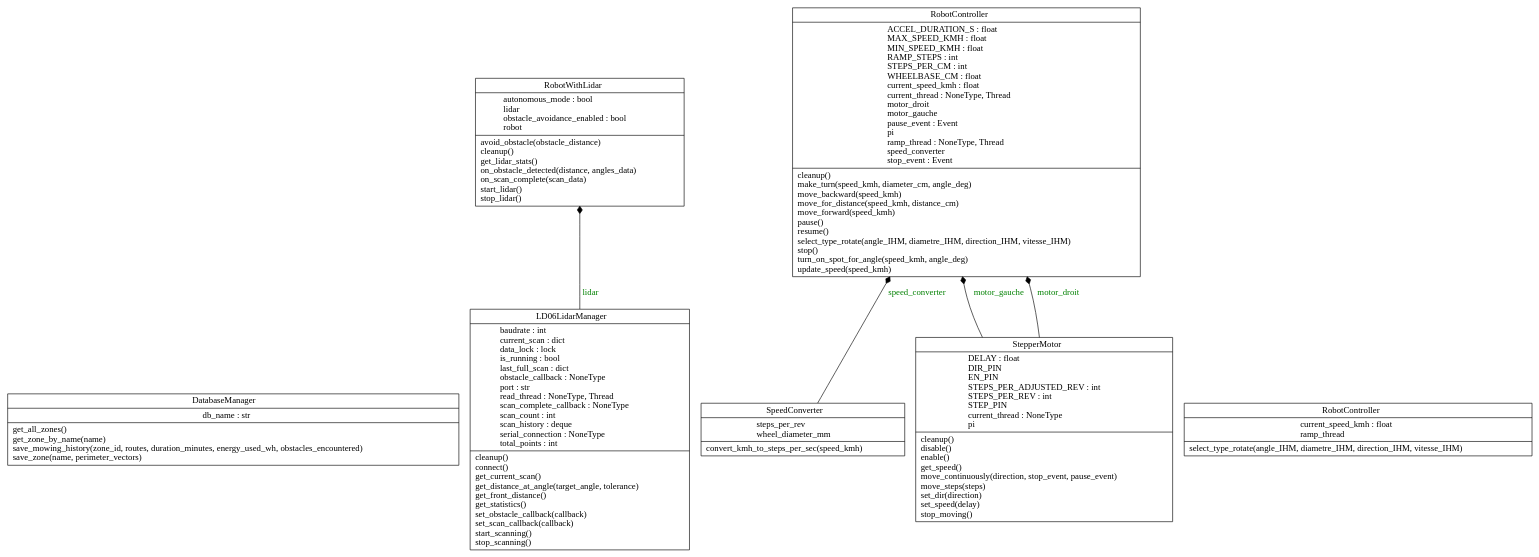
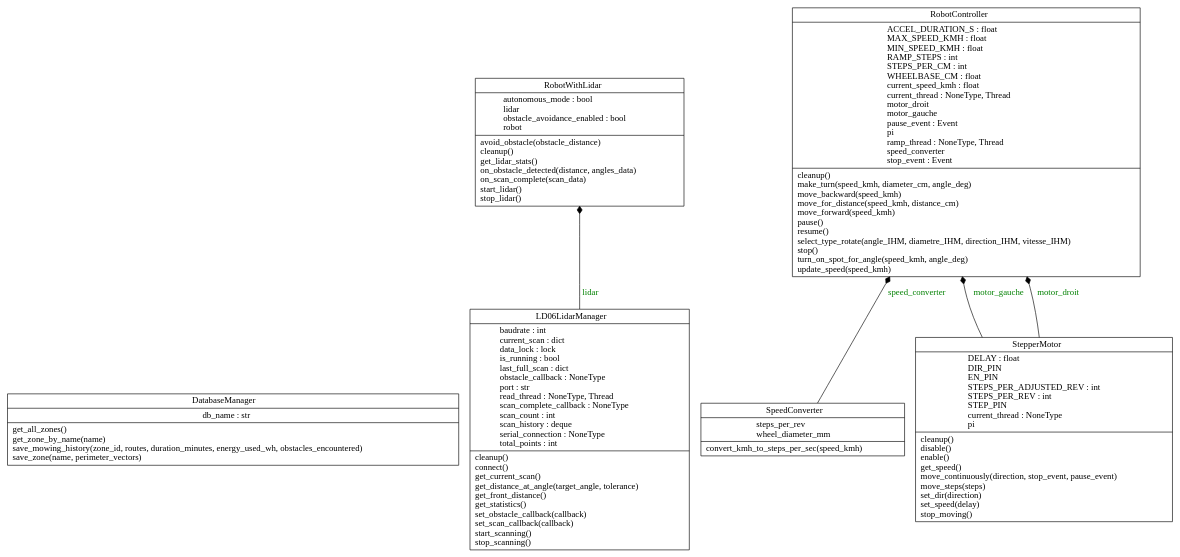
One commit to FranckieGoes/Turtle changed the diagram in classes_RobotController.dot. Above: the diagram before and after it, drawn with Graphviz. The commit also changed 32 other files, not shown here.

```diff
--- a/classes_RobotController.dot
+++ b/classes_RobotController.dot
@@ -1,15 +1,14 @@
 digraph "classes_RobotController" {
 rankdir=BT
 charset="utf-8"
 "database_manager.DatabaseManager" [color="black", fontcolor="black", label=<{DatabaseManager|db_name : str<br ALIGN="LEFT"/>|get_all_zones()<br ALIGN="LEFT"/>get_zone_by_name(name)<br ALIGN="LEFT"/>save_mowing_history(zone_id, routes, duration_minutes, energy_used_wh, obstacles_encountered)<br ALIGN="LEFT"/>save_zone(name, perimeter_vectors)<br ALIGN="LEFT"/>}>, shape="record", style="solid"];
 "lidar_ld06_manager.LD06LidarManager" [color="black", fontcolor="black", label=<{LD06LidarManager|baudrate : int<br ALIGN="LEFT"/>current_scan : dict<br ALIGN="LEFT"/>data_lock : lock<br ALIGN="LEFT"/>is_running : bool<br ALIGN="LEFT"/>last_full_scan : dict<br ALIGN="LEFT"/>obstacle_callback : NoneType<br ALIGN="LEFT"/>port : str<br ALIGN="LEFT"/>read_thread : NoneType, Thread<br ALIGN="LEFT"/>scan_complete_callback : NoneType<br ALIGN="LEFT"/>scan_count : int<br ALIGN="LEFT"/>scan_history : deque<br ALIGN="LEFT"/>serial_connection : NoneType<br ALIGN="LEFT"/>total_points : int<br ALIGN="LEFT"/>|cleanup()<br ALIGN="LEFT"/>connect()<br ALIGN="LEFT"/>get_current_scan()<br ALIGN="LEFT"/>get_distance_at_angle(target_angle, tolerance)<br ALIGN="LEFT"/>get_front_distance()<br ALIGN="LEFT"/>get_statistics()<br ALIGN="LEFT"/>set_obstacle_callback(callback)<br ALIGN="LEFT"/>set_scan_callback(callback)<br ALIGN="LEFT"/>start_scanning()<br ALIGN="LEFT"/>stop_scanning()<br ALIGN="LEFT"/>}>, shape="record", style="solid"];
 "robot_controller_class.RobotController" [color="black", fontcolor="black", label=<{RobotController|ACCEL_DURATION_S : float<br ALIGN="LEFT"/>MAX_SPEED_KMH : float<br ALIGN="LEFT"/>MIN_SPEED_KMH : float<br ALIGN="LEFT"/>RAMP_STEPS : int<br ALIGN="LEFT"/>STEPS_PER_CM : int<br ALIGN="LEFT"/>WHEELBASE_CM : float<br ALIGN="LEFT"/>current_speed_kmh : float<br ALIGN="LEFT"/>current_thread : NoneType, Thread<br ALIGN="LEFT"/>motor_droit<br ALIGN="LEFT"/>motor_gauche<br ALIGN="LEFT"/>pause_event : Event<br ALIGN="LEFT"/>pi<br ALIGN="LEFT"/>ramp_thread : NoneType, Thread<br ALIGN="LEFT"/>speed_converter<br ALIGN="LEFT"/>stop_event : Event<br ALIGN="LEFT"/>|cleanup()<br ALIGN="LEFT"/>make_turn(speed_kmh, diameter_cm, angle_deg)<br ALIGN="LEFT"/>move_backward(speed_kmh)<br ALIGN="LEFT"/>move_for_distance(speed_kmh, distance_cm)<br ALIGN="LEFT"/>move_forward(speed_kmh)<br ALIGN="LEFT"/>pause()<br ALIGN="LEFT"/>resume()<br ALIGN="LEFT"/>select_type_rotate(angle_IHM, diametre_IHM, direction_IHM, vitesse_IHM)<br ALIGN="LEFT"/>stop()<br ALIGN="LEFT"/>turn_on_spot_for_angle(speed_kmh, angle_deg)<br ALIGN="LEFT"/>update_speed(speed_kmh)<br ALIGN="LEFT"/>}>, shape="record", style="solid"];
-"temp.RobotController" [color="black", fontcolor="black", label=<{RobotController|current_speed_kmh : float<br ALIGN="LEFT"/>ramp_thread<br ALIGN="LEFT"/>|select_type_rotate(angle_IHM, diametre_IHM, direction_IHM, vitesse_IHM)<br ALIGN="LEFT"/>}>, shape="record", style="solid"];
 "lidar_ld06_manager.RobotWithLidar" [color="black", fontcolor="black", label=<{RobotWithLidar|autonomous_mode : bool<br ALIGN="LEFT"/>lidar<br ALIGN="LEFT"/>obstacle_avoidance_enabled : bool<br ALIGN="LEFT"/>robot<br ALIGN="LEFT"/>|avoid_obstacle(obstacle_distance)<br ALIGN="LEFT"/>cleanup()<br ALIGN="LEFT"/>get_lidar_stats()<br ALIGN="LEFT"/>on_obstacle_detected(distance, angles_data)<br ALIGN="LEFT"/>on_scan_complete(scan_data)<br ALIGN="LEFT"/>start_lidar()<br ALIGN="LEFT"/>stop_lidar()<br ALIGN="LEFT"/>}>, shape="record", style="solid"];
 "SpeedConverter.SpeedConverter" [color="black", fontcolor="black", label=<{SpeedConverter|steps_per_rev<br ALIGN="LEFT"/>wheel_diameter_mm<br ALIGN="LEFT"/>|convert_kmh_to_steps_per_sec(speed_kmh)<br ALIGN="LEFT"/>}>, shape="record", style="solid"];
 "stepper_motor_class.StepperMotor" [color="black", fontcolor="black", label=<{StepperMotor|DELAY : float<br ALIGN="LEFT"/>DIR_PIN<br ALIGN="LEFT"/>EN_PIN<br ALIGN="LEFT"/>STEPS_PER_ADJUSTED_REV : int<br ALIGN="LEFT"/>STEPS_PER_REV : int<br ALIGN="LEFT"/>STEP_PIN<br ALIGN="LEFT"/>current_thread : NoneType<br ALIGN="LEFT"/>pi<br ALIGN="LEFT"/>|cleanup()<br ALIGN="LEFT"/>disable()<br ALIGN="LEFT"/>enable()<br ALIGN="LEFT"/>get_speed()<br ALIGN="LEFT"/>move_continuously(direction, stop_event, pause_event)<br ALIGN="LEFT"/>move_steps(steps)<br ALIGN="LEFT"/>set_dir(direction)<br ALIGN="LEFT"/>set_speed(delay)<br ALIGN="LEFT"/>stop_moving()<br ALIGN="LEFT"/>}>, shape="record", style="solid"];
 "SpeedConverter.SpeedConverter" -> "robot_controller_class.RobotController" [arrowhead="diamond", arrowtail="none", fontcolor="green", label="speed_converter", style="solid"];
 "lidar_ld06_manager.LD06LidarManager" -> "lidar_ld06_manager.RobotWithLidar" [arrowhead="diamond", arrowtail="none", fontcolor="green", label="lidar", style="solid"];
 "stepper_motor_class.StepperMotor" -> "robot_controller_class.RobotController" [arrowhead="diamond", arrowtail="none", fontcolor="green", label="motor_gauche", style="solid"];
 "stepper_motor_class.StepperMotor" -> "robot_controller_class.RobotController" [arrowhead="diamond", arrowtail="none", fontcolor="green", label="motor_droit", style="solid"];
 }
```
